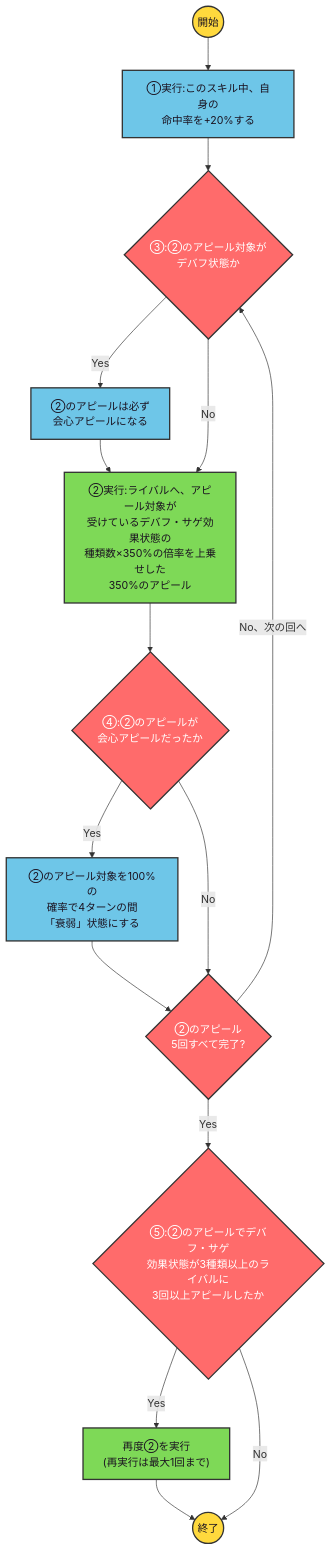
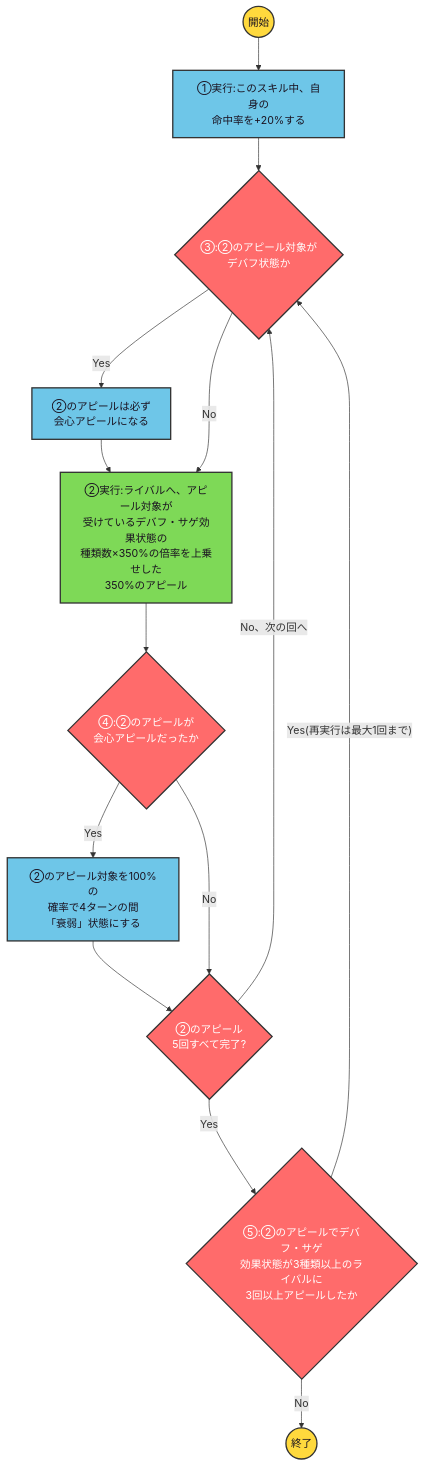
One commit to ryomochi0918/nogifra-characters changed the diagram in data/hayashi_runa/kokonihanaimono_skill2.mmd. Above: the diagram before and after it, drawn with Mermaid. The commit also changed 64 other files, not shown here.

```diff
--- a/data/hayashi_runa/kokonihanaimono_skill2.mmd
+++ b/data/hayashi_runa/kokonihanaimono_skill2.mmd
@@ -1,17 +1,17 @@
 flowchart TD
     classDef startend fill:#FFD93D,stroke:#333,stroke-width:2px,color:#1a1220;
     classDef cond fill:#FF6B6B,stroke:#333,stroke-width:2px,color:#ffffff;
     classDef effect fill:#6EC6E8,stroke:#333,stroke-width:2px,color:#1a1220;
     classDef action fill:#7ED957,stroke:#333,stroke-width:2px,color:#1a1220;
 
     start(("開始")):::startend --> e1["①実行:このスキル中、自身の<br/>命中率を+20%する"]:::effect
     e1 --> c3{"③:②のアピール対象が<br/>デバフ状態か"}:::cond
     c3 -->|"Yes"| e3["②のアピールは必ず<br/>会心アピールになる"]:::effect --> a2
     c3 -->|"No"| a2["②実行:ライバルへ、アピール対象が<br/>受けているデバフ・サゲ効果状態の<br/>種類数×350%の倍率を上乗せした<br/>350%のアピール"]:::action
     a2 --> c4{"④:②のアピールが<br/>会心アピールだったか"}:::cond
     c4 -->|"Yes"| e4["②のアピール対象を100%の<br/>確率で4ターンの間<br/>「衰弱」状態にする"]:::effect --> lc
     c4 -->|"No"| lc{"②のアピール<br/>5回すべて完了?"}:::cond
     lc -->|"No、次の回へ"| c3
     lc -->|"Yes"| c5{"⑤:②のアピールでデバフ・サゲ<br/>効果状態が3種類以上のライバルに<br/>3回以上アピールしたか"}:::cond
-    c5 -->|"Yes"| a5["再度②を実行<br/>(再実行は最大1回まで)"]:::action --> finish(("終了")):::startend
-    c5 -->|"No"| finish
+    c5 -->|"Yes(再実行は最大1回まで)"| c3
+    c5 -->|"No"| finish(("終了")):::startend
```
